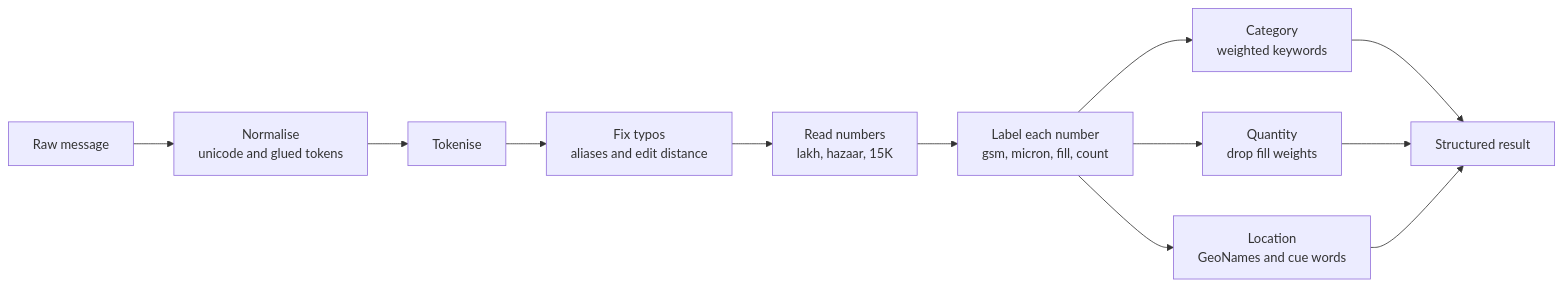
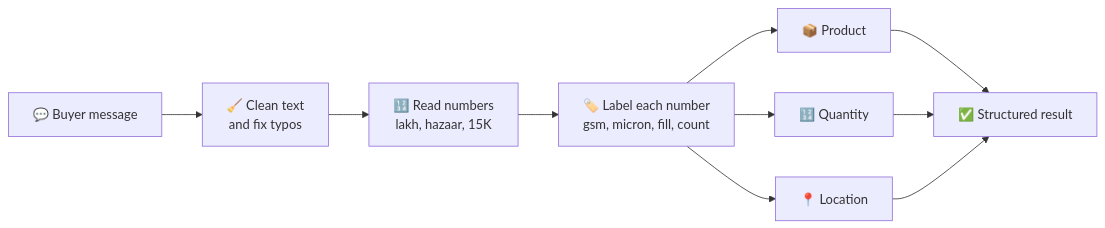
The diagram in README.md (upendra8690/kypson-rfq-parser), drawn with Mermaid before and after one commit. The commit also changed other lines of this file and 2 other files, not shown here.

````diff
--- a/README.md
+++ b/README.md
@@ -95,14 +99,12 @@
 ```mermaid
 flowchart LR
-    A["Raw message"] --> B["Normalise<br/>unicode and glued tokens"]
-    B --> C["Tokenise"]
-    C --> D["Fix typos<br/>aliases and edit distance"]
-    D --> E["Read numbers<br/>lakh, hazaar, 15K"]
-    E --> F["Label each number<br/>gsm, micron, fill, count"]
-    F --> G["Category<br/>weighted keywords"]
-    F --> H["Quantity<br/>drop fill weights"]
-    F --> I["Location<br/>GeoNames and cue words"]
-    G --> J["Structured result"]
-    H --> J
-    I --> J
+    A["💬 Buyer message"] --> B["🧹 Clean text<br/>and fix typos"]
+    B --> C["🔢 Read numbers<br/>lakh, hazaar, 15K"]
+    C --> D["🏷️ Label each number<br/>gsm, micron, fill, count"]
+    D --> E["📦 Product"]
+    D --> F["🔢 Quantity"]
+    D --> G["📍 Location"]
+    E --> H["✅ Structured result"]
+    F --> H
+    G --> H
 ```
````
